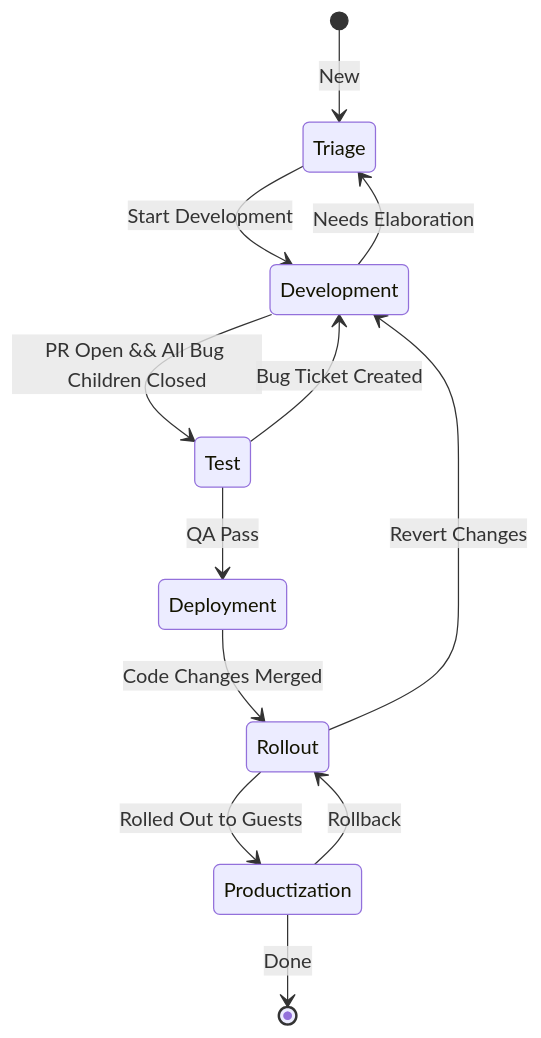
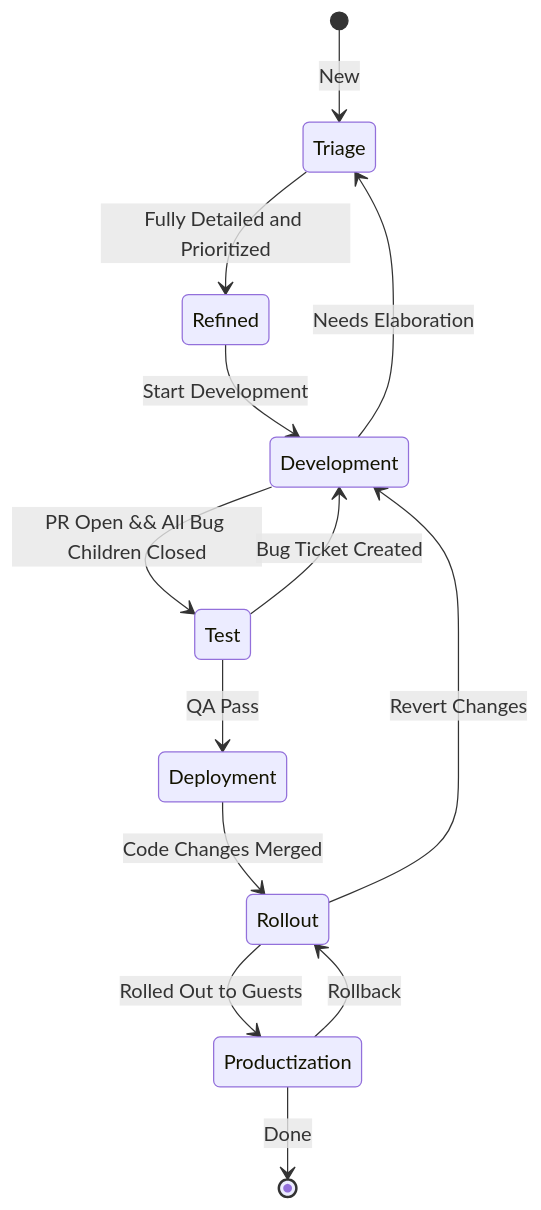
One commit to NyanHelsing/nyanhelsing.github.io changed the third of 9 diagrams in workflow.md. Above: the diagram before and after it, drawn with Mermaid. The commit also changed other lines of this file, not shown here.

````diff
--- a/workflow.md
+++ b/workflow.md
@@ -104,14 +104,15 @@
 ```mermaid
 stateDiagram-v2
     [*] --> Triage: New
-    Triage --> Development: Start Development
+    Triage --> Refined: Fully Detailed and Prioritized
+    Refined --> Development: Start Development
     Development --> Triage: Needs Elaboration
     Development --> Test: PR Open && All Bug Children Closed
     Test --> Development: Bug Ticket Created
     Test --> Deployment: QA Pass
     Deployment --> Rollout: Code Changes Merged
     Rollout --> Development: Revert Changes
     Rollout --> Productization: Rolled Out to Guests
     Productization --> Rollout: Rollback
     Productization --> [*]: Done
 ```
````
